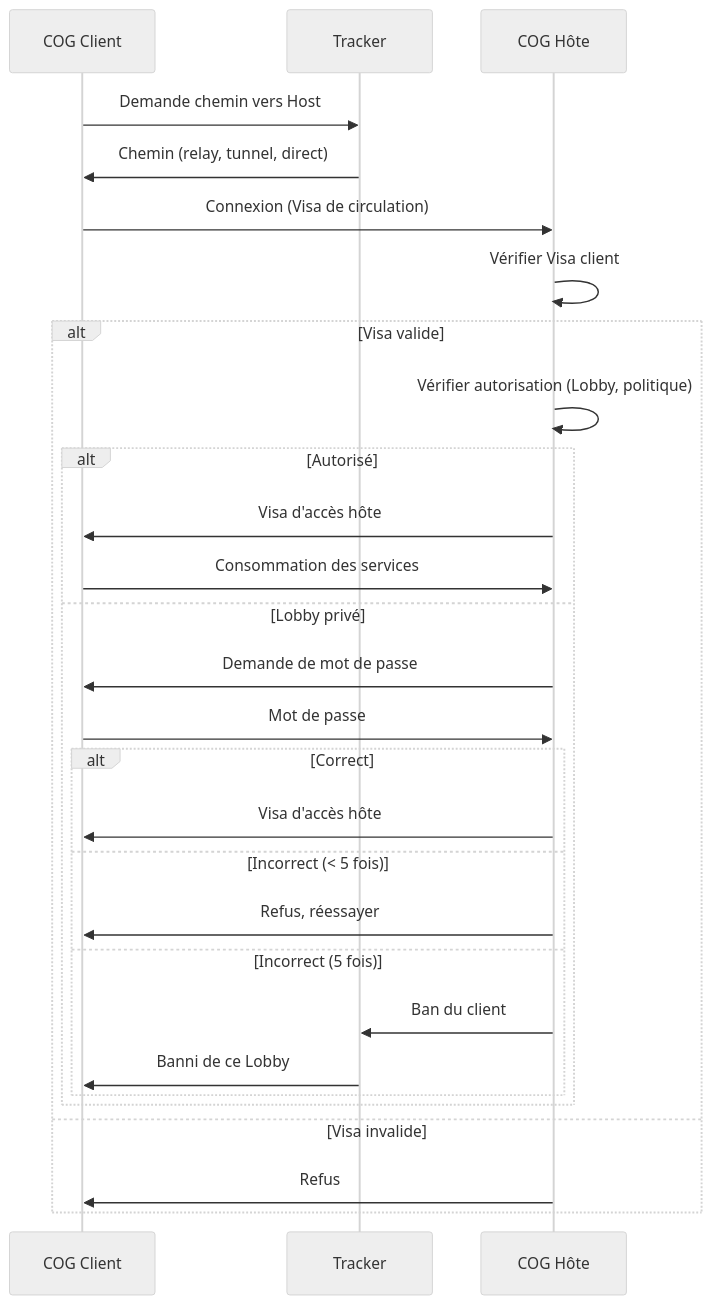
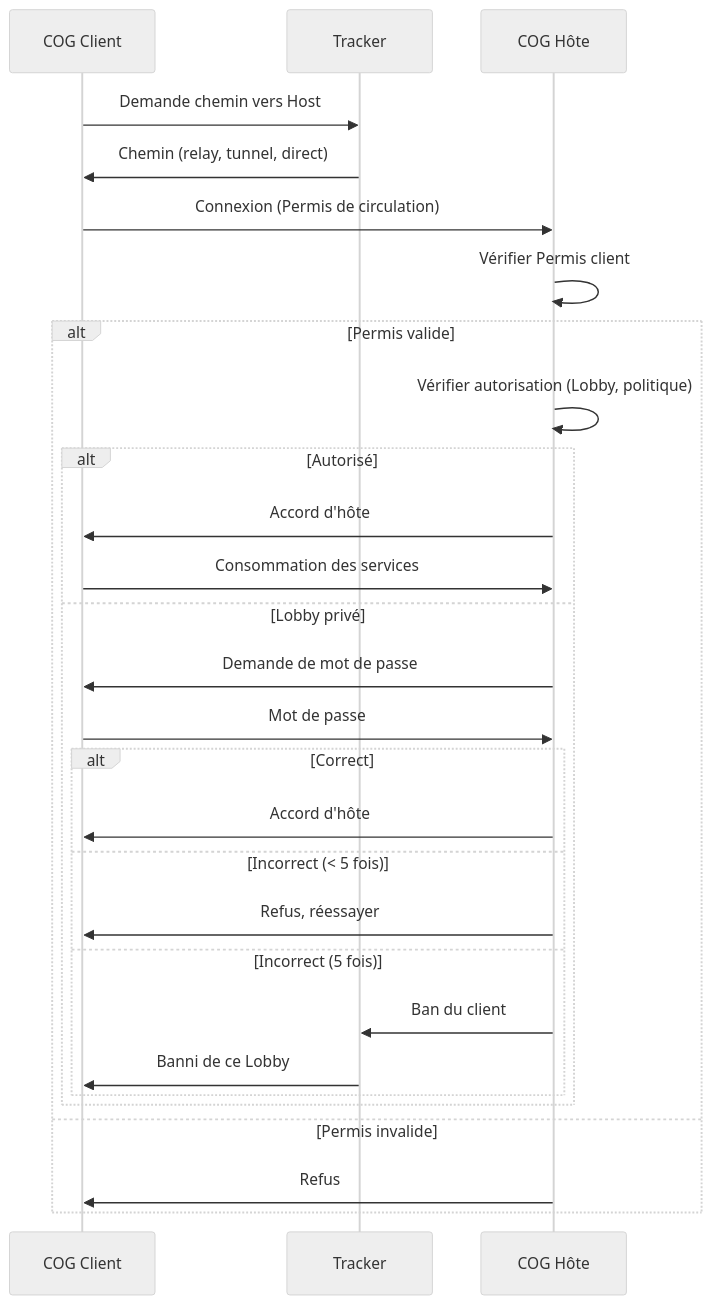
The fourth of 5 diagrams in docs/miyukini-webway-system/lobbys/MWS - Lobbys Favoris et Amis.md (StudioMiyukini/miyukini_cog), drawn with Mermaid (neutral theme) before and after one commit. The commit also changed other lines of this file and 17 other files, not shown here.

````diff
--- a/docs/miyukini-webway-system/lobbys/MWS - Lobbys Favoris et Amis.md
+++ b/docs/miyukini-webway-system/lobbys/MWS - Lobbys Favoris et Amis.md
@@ -177,31 +179,31 @@
 ```mermaid
 sequenceDiagram
     participant Client as COG Client
     participant T as Tracker
     participant Host as COG Hôte
 
     Client->>T: Demande chemin vers Host
     T->>Client: Chemin (relay, tunnel, direct)
-    Client->>Host: Connexion (Visa de circulation)
-    Host->>Host: Vérifier Visa client
-    alt Visa valide
+    Client->>Host: Connexion (Permis de circulation)
+    Host->>Host: Vérifier Permis client
+    alt Permis valide
         Host->>Host: Vérifier autorisation (Lobby, politique)
         alt Autorisé
-            Host->>Client: Visa d'accès hôte
+            Host->>Client: Accord d'hôte
             Client->>Host: Consommation des services
         else Lobby privé
             Host->>Client: Demande de mot de passe
             Client->>Host: Mot de passe
             alt Correct
-                Host->>Client: Visa d'accès hôte
+                Host->>Client: Accord d'hôte
             else Incorrect (< 5 fois)
                 Host->>Client: Refus, réessayer
             else Incorrect (5 fois)
                 Host->>T: Ban du client
                 T->>Client: Banni de ce Lobby
             end
         end
-    else Visa invalide
+    else Permis invalide
         Host->>Client: Refus
     end
 ```
````
